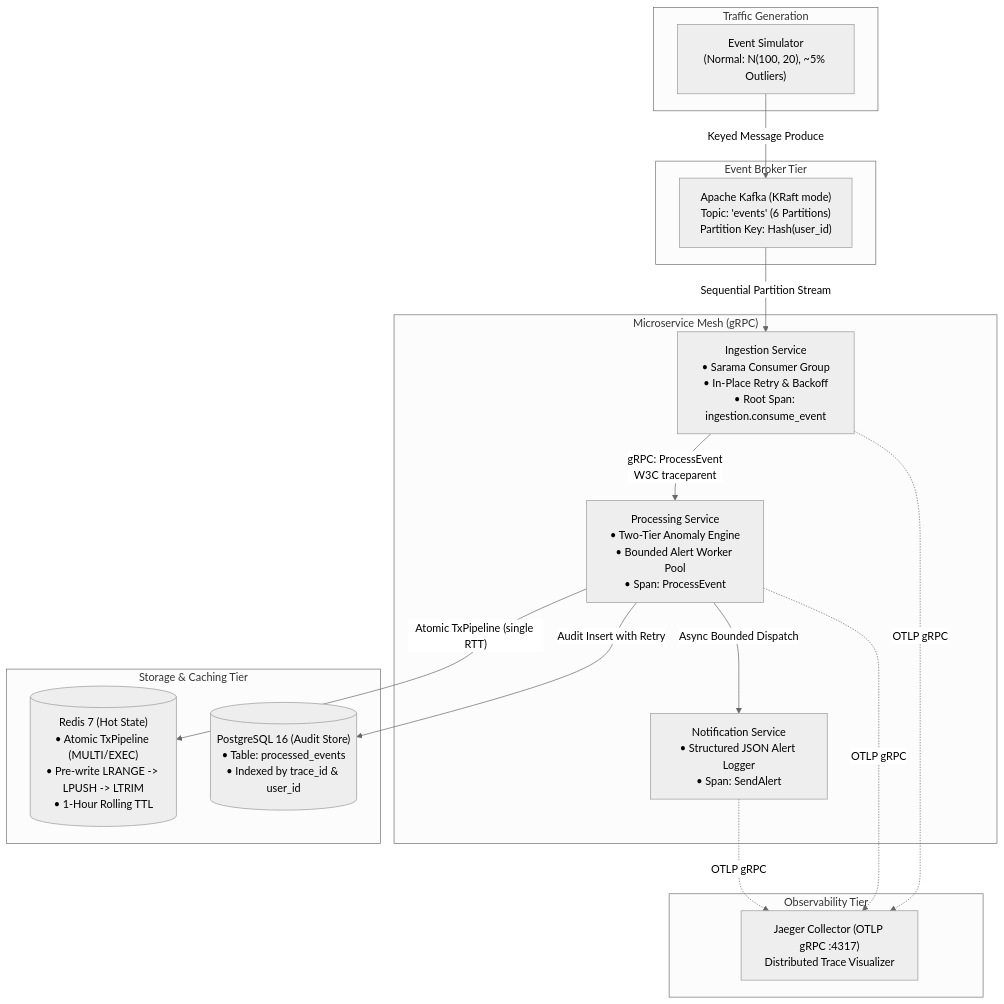
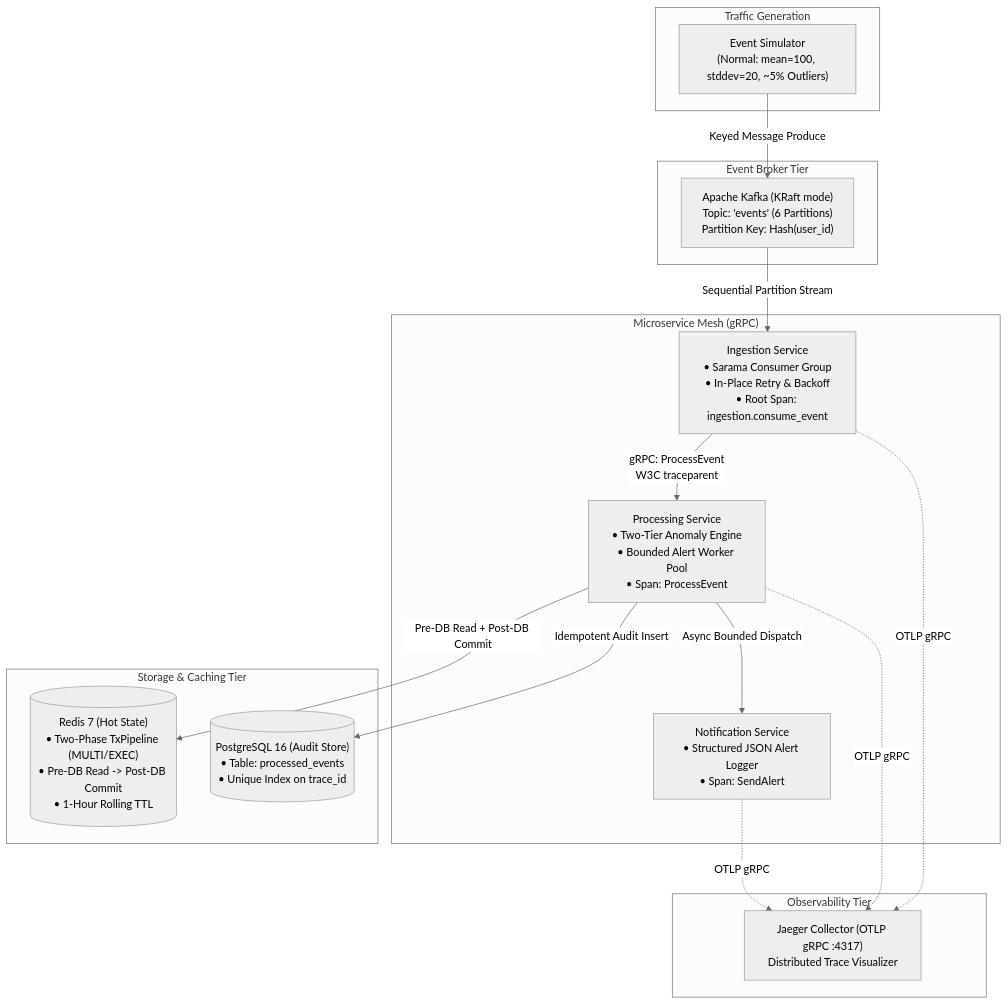
The first of 2 diagrams in docs/architecture.md (GurutejaReddy-04/surges-entry), drawn with Mermaid (neutral theme) before and after one commit. The commit also changed other lines of this file and 8 other files, not shown here.

Commit message:
docs: synchronize architecture, performance, reliability, and security guides

````diff
--- a/docs/architecture.md
+++ b/docs/architecture.md
@@ -10,38 +10,38 @@
 ```mermaid
 flowchart TD
     subgraph TrafficGeneration ["Traffic Generation"]
-        SIM["Event Simulator<br/>(Normal: N(100, 20), ~5% Outliers)"]
+        SIM["Event Simulator<br/>(Normal: mean=100, stddev=20, ~5% Outliers)"]
     end
 
     subgraph BrokerTier ["Event Broker Tier"]
         KAFKA["Apache Kafka (KRaft mode)<br/>Topic: 'events' (6 Partitions)<br/>Partition Key: Hash(user_id)"]
     end
 
     subgraph ServiceMesh ["Microservice Mesh (gRPC)"]
         ING["Ingestion Service<br/>• Sarama Consumer Group<br/>• In-Place Retry & Backoff<br/>• Root Span: ingestion.consume_event"]
         PROC["Processing Service<br/>• Two-Tier Anomaly Engine<br/>• Bounded Alert Worker Pool<br/>• Span: ProcessEvent"]
         NOTIF["Notification Service<br/>• Structured JSON Alert Logger<br/>• Span: SendAlert"]
     end
 
     subgraph StateTier ["Storage & Caching Tier"]
-        REDIS[("Redis 7 (Hot State)<br/>• Atomic TxPipeline (MULTI/EXEC)<br/>• Pre-write LRANGE -> LPUSH -> LTRIM<br/>• 1-Hour Rolling TTL")]
-        POSTGRES[("PostgreSQL 16 (Audit Store)<br/>• Table: processed_events<br/>• Indexed by trace_id & user_id")]
+        REDIS[("Redis 7 (Hot State)<br/>• Two-Phase TxPipeline (MULTI/EXEC)<br/>• Pre-DB Read -> Post-DB Commit<br/>• 1-Hour Rolling TTL")]
+        POSTGRES[("PostgreSQL 16 (Audit Store)<br/>• Table: processed_events<br/>• Unique Index on trace_id")]
     end
 
     subgraph TelemetryTier ["Observability Tier"]
         JAEGER["Jaeger Collector (OTLP gRPC :4317)<br/>Distributed Trace Visualizer"]
     end
 
     %% Communications
     SIM -->|"Keyed Message Produce"| KAFKA
     KAFKA -->|"Sequential Partition Stream"| ING
     ING -->|"gRPC: ProcessEvent<br/>W3C traceparent"| PROC
-    PROC -->|"Atomic TxPipeline (single RTT)"| REDIS
-    PROC -->|"Audit Insert with Retry"| POSTGRES
+    PROC -->|"Pre-DB Read + Post-DB Commit"| REDIS
+    PROC -->|"Idempotent Audit Insert"| POSTGRES
     PROC -->|"Async Bounded Dispatch"| NOTIF
 
     %% Telemetry
     ING -.->|"OTLP gRPC"| JAEGER
     PROC -.->|"OTLP gRPC"| JAEGER
     NOTIF -.->|"OTLP gRPC"| JAEGER
 ```
````
